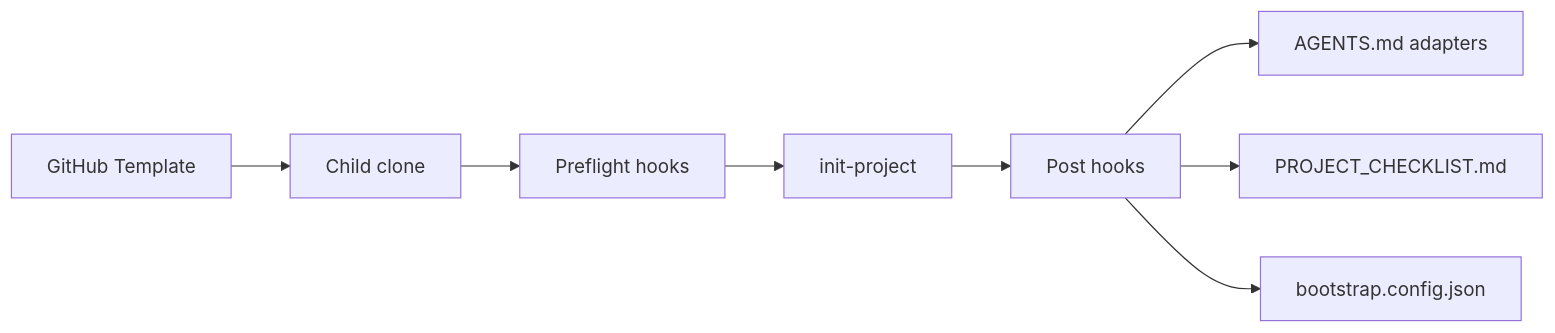
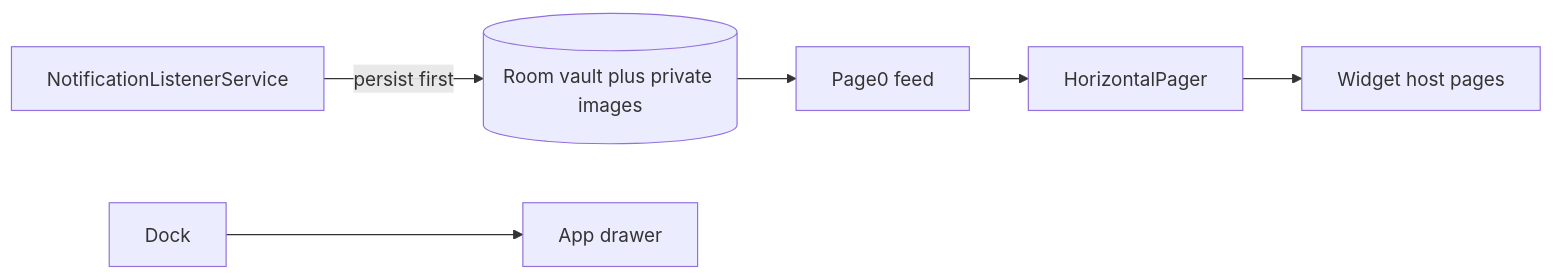
The diagram in docs/spec.md (edwardlthompson/HermesLauncher), drawn with Mermaid before and after one commit. The commit also changed other lines of this file and 372 other files, not shown here.

````diff
--- a/docs/spec.md
+++ b/docs/spec.md
@@ -30,10 +53,15 @@
 ```mermaid
 flowchart LR
-  Template[GitHub Template] --> Clone[Child clone]
-  Clone --> Pre[Preflight hooks]
-  Pre --> Init[init-project]
-  Init --> Post[Post hooks]
-  Post --> Agents[AGENTS.md adapters]
-  Post --> Check[PROJECT_CHECKLIST.md]
-  Post --> Manifest[bootstrap.config.json]
+  listener[NotificationListenerService]
+  vault[(Room vault plus private images)]
+  feed[Page0 feed]
+  pager[HorizontalPager]
+  widgets[Widget host pages]
+  dock[Dock]
+  drawer[App drawer]
+  listener -->|"persist first"| vault
+  vault --> feed
+  feed --> pager
+  pager --> widgets
+  dock --> drawer
 ```
````
